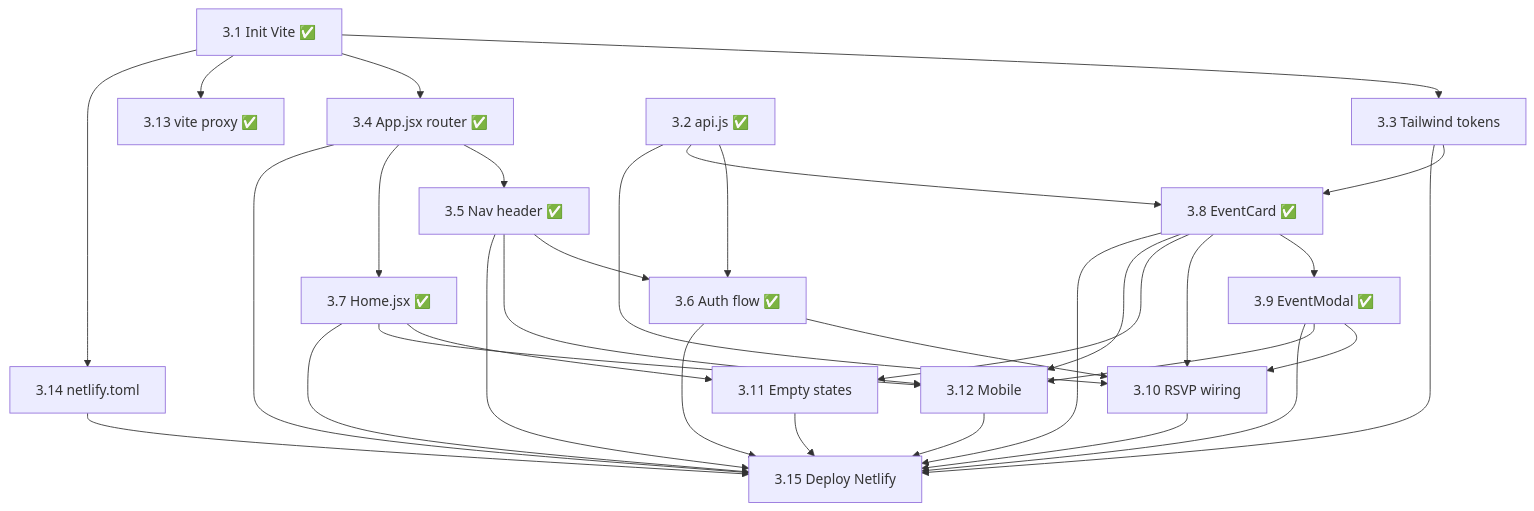
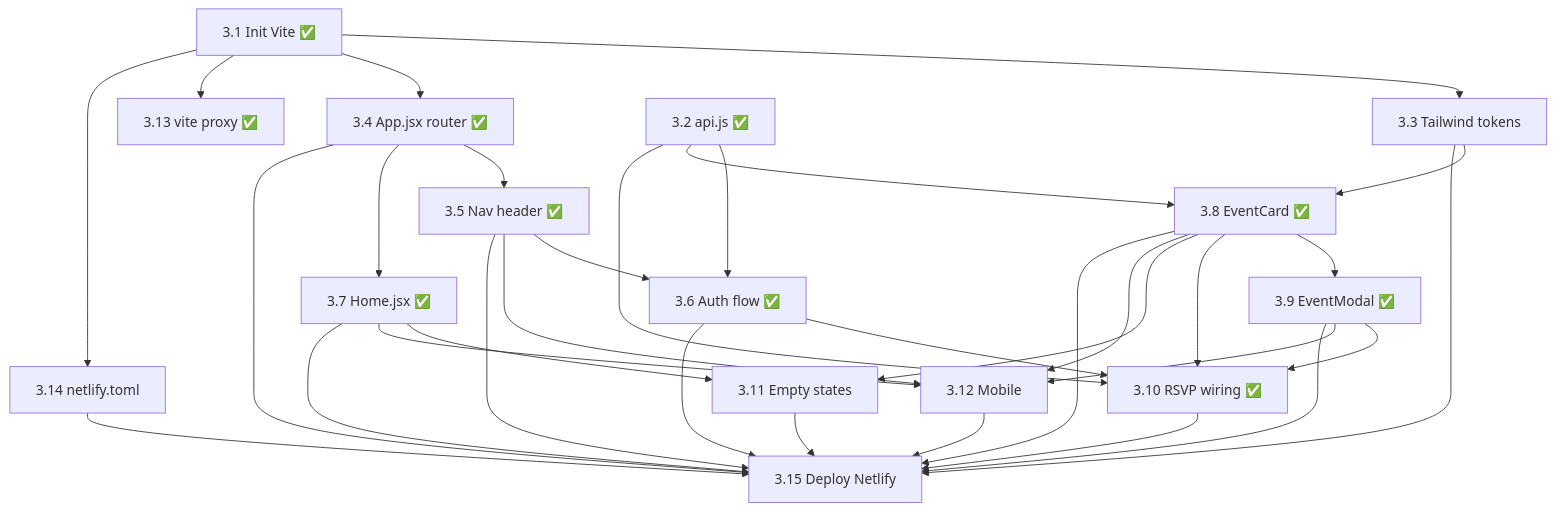
The diagram in docs/dev3-dependencies.md (matthewpaolosbilo/claude-impact-lab-melbourne-team-5), drawn with Mermaid before and after one commit. The commit also changed other lines of this file and 2 other files, not shown here.

````diff
--- a/docs/dev3-dependencies.md
+++ b/docs/dev3-dependencies.md
@@ -35,35 +35,35 @@
 ```mermaid
 graph TD
     3.1[3.1 Init Vite ✅] --> 3.3[3.3 Tailwind tokens]
     3.1 --> 3.4[3.4 App.jsx router ✅]
     3.1 --> 3.13[3.13 vite proxy ✅]
     3.1 --> 3.14[3.14 netlify.toml]
     3.2[3.2 api.js ✅] --> 3.6[3.6 Auth flow ✅]
     3.3 --> 3.8[3.8 EventCard ✅]
     3.4 --> 3.5[3.5 Nav header ✅]
     3.4 --> 3.7[3.7 Home.jsx ✅]
     3.5 --> 3.6
     3.5 --> 3.12[3.12 Mobile]
     3.2 --> 3.8
     3.8 --> 3.9[3.9 EventModal ✅]
-    3.2 --> 3.10[3.10 RSVP wiring]
+    3.2 --> 3.10[3.10 RSVP wiring ✅]
     3.6 --> 3.10
     3.8 --> 3.10
     3.9 --> 3.10
     3.7 --> 3.11[3.11 Empty states]
     3.8 --> 3.11
     3.7 --> 3.12
     3.8 --> 3.12
     3.9 --> 3.12
     3.3 --> 3.15[3.15 Deploy Netlify]
     3.4 --> 3.15
     3.5 --> 3.15
     3.6 --> 3.15
     3.7 --> 3.15
     3.8 --> 3.15
     3.9 --> 3.15
     3.10 --> 3.15
     3.11 --> 3.15
     3.12 --> 3.15
     3.14 --> 3.15
 ```
````
